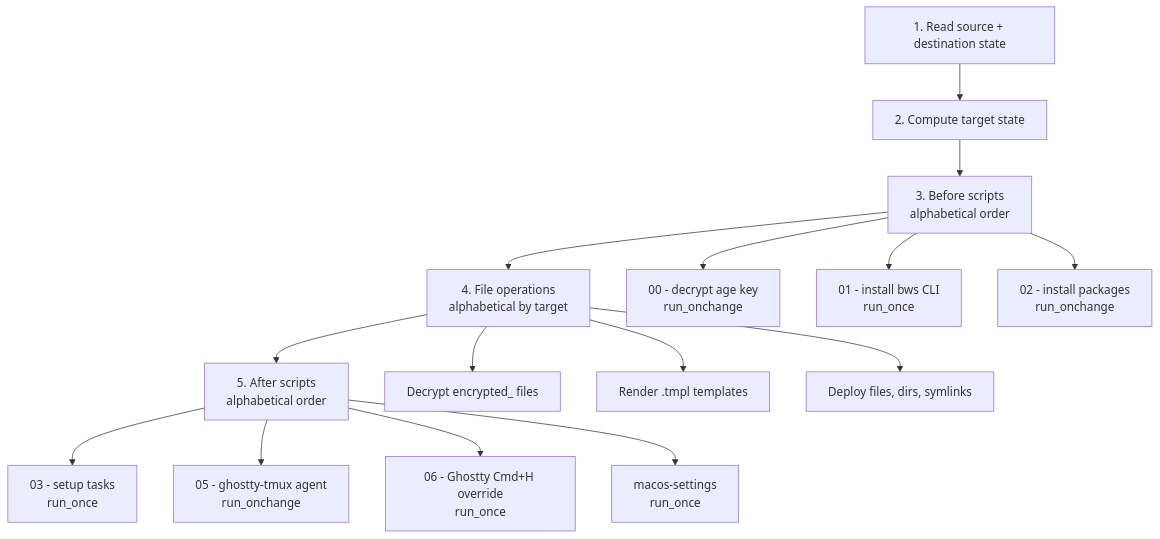
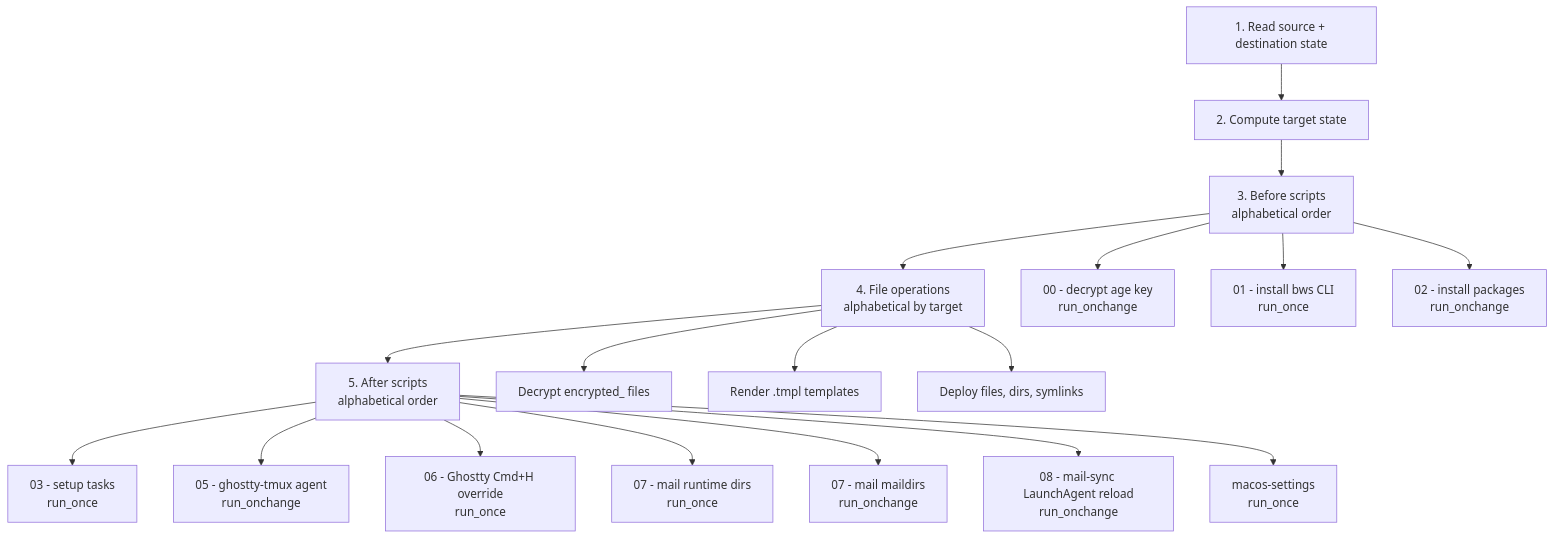
One commit to mbastakis/dotfiles changed the diagram in docs/architecture/chezmoi-lifecycle.md. Above: the diagram before and after it, drawn with Mermaid. The commit also changed other lines of this file and 30 other files, not shown here.

````diff
--- a/docs/architecture/chezmoi-lifecycle.md
+++ b/docs/architecture/chezmoi-lifecycle.md
@@ -7,20 +7,23 @@
 ```mermaid
 flowchart TD
   A[1. Read source + destination state] --> B[2. Compute target state]
   B --> C[3. Before scripts<br/>alphabetical order]
   C --> D[4. File operations<br/>alphabetical by target]
   D --> E[5. After scripts<br/>alphabetical order]
 
   C --> C1[00 - decrypt age key<br/>run_onchange]
   C --> C2[01 - install bws CLI<br/>run_once]
   C --> C3[02 - install packages<br/>run_onchange]
 
   D --> D1[Decrypt encrypted_ files]
   D --> D2[Render .tmpl templates]
   D --> D3[Deploy files, dirs, symlinks]
 
   E --> E1[03 - setup tasks<br/>run_once]
   E --> E2[05 - ghostty-tmux agent<br/>run_onchange]
   E --> E3[06 - Ghostty Cmd+H override<br/>run_once]
-  E --> E4[macos-settings<br/>run_once]
+  E --> E4[07 - mail runtime dirs<br/>run_once]
+  E --> E5[07 - mail maildirs<br/>run_onchange]
+  E --> E6[08 - mail-sync LaunchAgent reload<br/>run_onchange]
+  E --> E7[macos-settings<br/>run_once]
 ```
````
